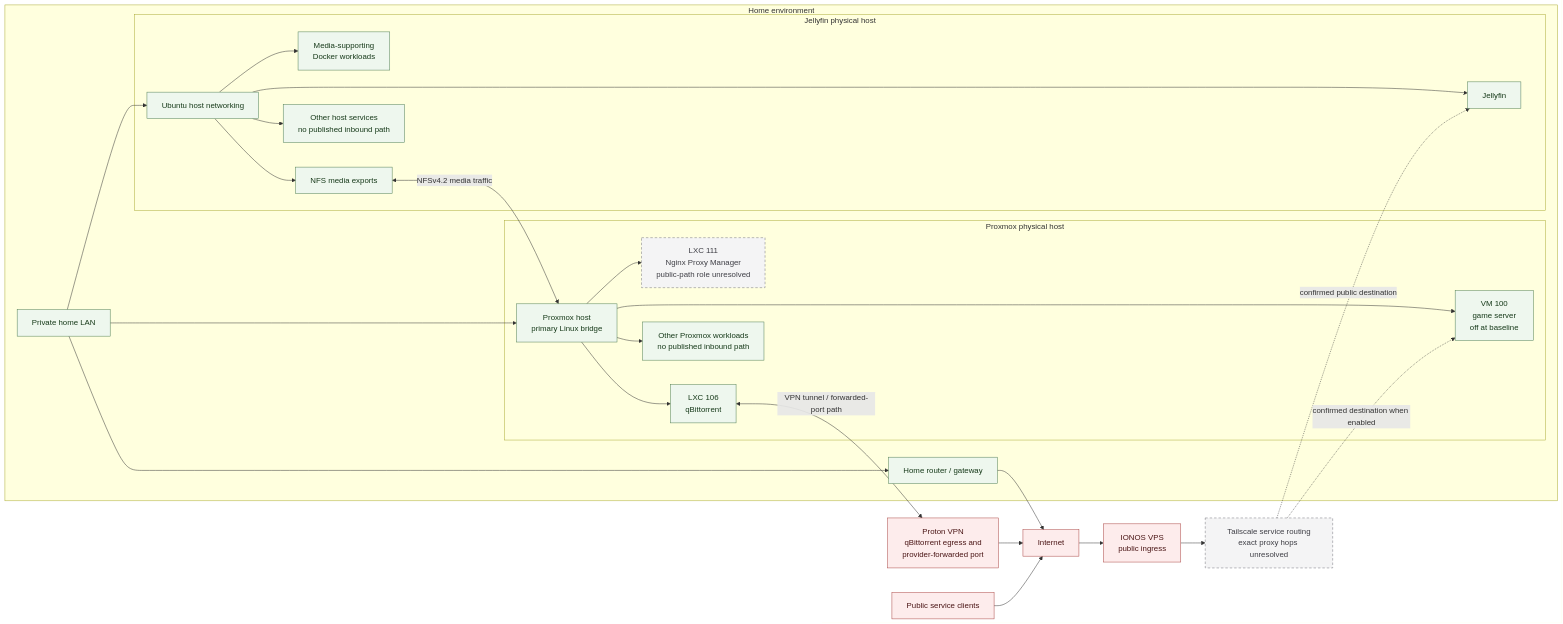
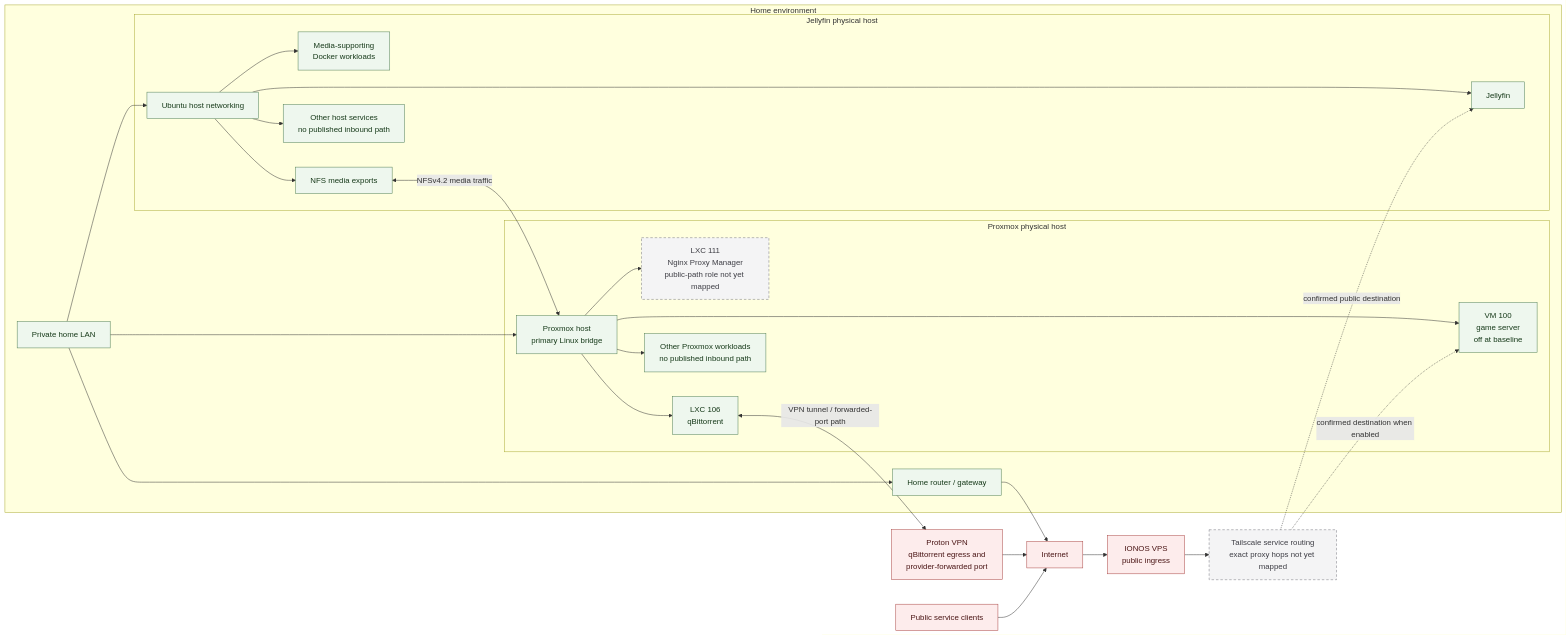
The diagram in architecture/network.md (PCEWLKR/homeserver-infrastructure), drawn with Mermaid before and after one commit. The commit also changed other lines of this file and 12 other files, not shown here.

````diff
--- a/architecture/network.md
+++ b/architecture/network.md
@@ -11,59 +11,59 @@
 ```mermaid
 flowchart LR
     CLIENTS["Public service clients"]
     INTERNET["Internet"]
     VPS["IONOS VPS<br/>public ingress"]
-    INGRESSPATH["Tailscale service routing<br/>exact proxy hops unresolved"]
+    INGRESSPATH["Tailscale service routing<br/>exact proxy hops not yet mapped"]
     PROTON["Proton VPN<br/>qBittorrent egress and<br/>provider-forwarded port"]
 
     subgraph HOME["Home environment"]
         ROUTER["Home router / gateway"]
         LAN["Private home LAN"]
 
         subgraph PVE["Proxmox physical host"]
             PHOST["Proxmox host<br/>primary Linux bridge"]
-            NPM["LXC 111<br/>Nginx Proxy Manager<br/>public-path role unresolved"]
+            NPM["LXC 111<br/>Nginx Proxy Manager<br/>public-path role not yet mapped"]
             QBIT["LXC 106<br/>qBittorrent"]
             GAME["VM 100<br/>game server<br/>off at baseline"]
             INTERNAL["Other Proxmox workloads<br/>no published inbound path"]
         end
 
         subgraph MEDIA["Jellyfin physical host"]
             MHOST["Ubuntu host networking"]
             JELLY["Jellyfin"]
             DOCKER["Media-supporting<br/>Docker workloads"]
             NFS["NFS media exports"]
             LOCAL["Other host services<br/>no published inbound path"]
         end
     end
 
     CLIENTS --> INTERNET --> VPS
     VPS --> INGRESSPATH
     INGRESSPATH -.->|"confirmed public destination"| JELLY
     INGRESSPATH -.->|"confirmed destination when enabled"| GAME
 
     LAN --> ROUTER --> INTERNET
     LAN --> PHOST
     LAN --> MHOST
     PHOST --> NPM
     PHOST --> QBIT
     PHOST --> GAME
     PHOST --> INTERNAL
     MHOST --> JELLY
     MHOST --> DOCKER
     MHOST --> NFS
     MHOST --> LOCAL
 
     NFS <-->|"NFSv4.2 media traffic"| PHOST
     QBIT <-->|"VPN tunnel / forwarded-port path"| PROTON
     PROTON --> INTERNET
 
     classDef public fill:#fdecec,stroke:#a94442,color:#4a1515;
     classDef overlay fill:#eef3fb,stroke:#4777a8,color:#102a43;
     classDef internal fill:#eef7ee,stroke:#4f7d53,color:#173a1a;
     classDef uncertain fill:#f4f4f5,stroke:#71717a,color:#3f3f46,stroke-dasharray:5 4;
 
     class CLIENTS,INTERNET,VPS,PROTON public;
     class LAN,ROUTER,PHOST,MHOST,JELLY,DOCKER,NFS,QBIT,GAME,INTERNAL,LOCAL internal;
     class NPM,INGRESSPATH uncertain;
 ```
````
